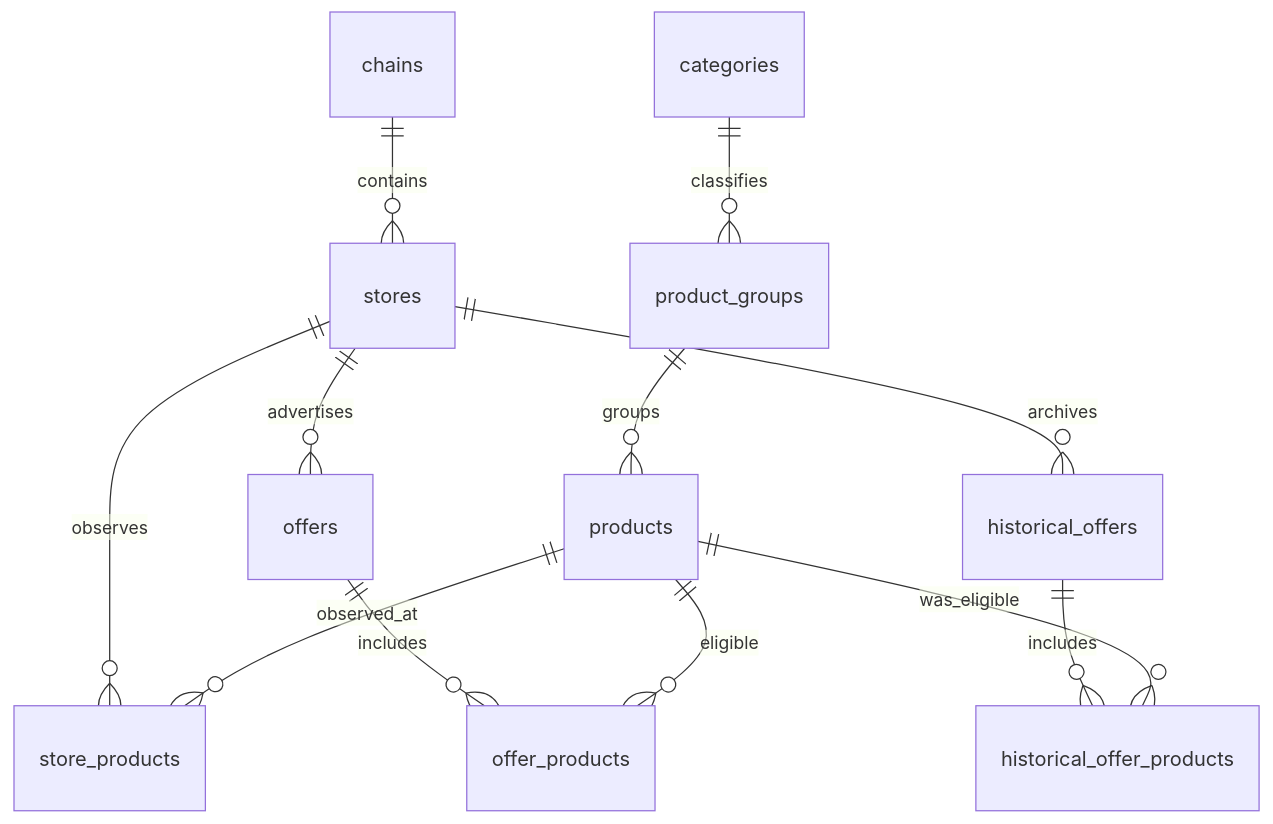
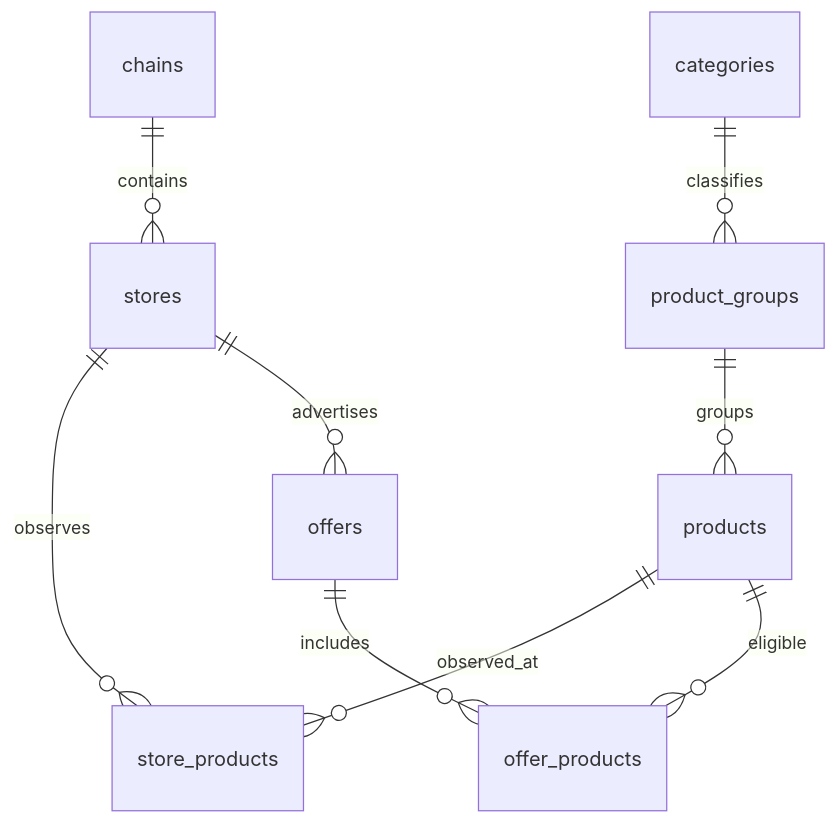
One commit to Muno7/kassepris-data_pipeline changed the diagram in docs/architecture.md. Above: the diagram before and after it, drawn with Mermaid. The commit also changed other lines of this file and 20 other files, not shown here.

````diff
--- a/docs/architecture.md
+++ b/docs/architecture.md
@@ -88,14 +88,11 @@
 ```mermaid
 erDiagram
     chains ||--o{ stores : contains
     categories ||--o{ product_groups : classifies
     product_groups ||--o{ products : groups
     stores ||--o{ store_products : observes
     products ||--o{ store_products : observed_at
     stores ||--o{ offers : advertises
     offers ||--o{ offer_products : includes
     products ||--o{ offer_products : eligible
-    stores ||--o{ historical_offers : archives
-    historical_offers ||--o{ historical_offer_products : includes
-    products ||--o{ historical_offer_products : was_eligible
 ```
````
